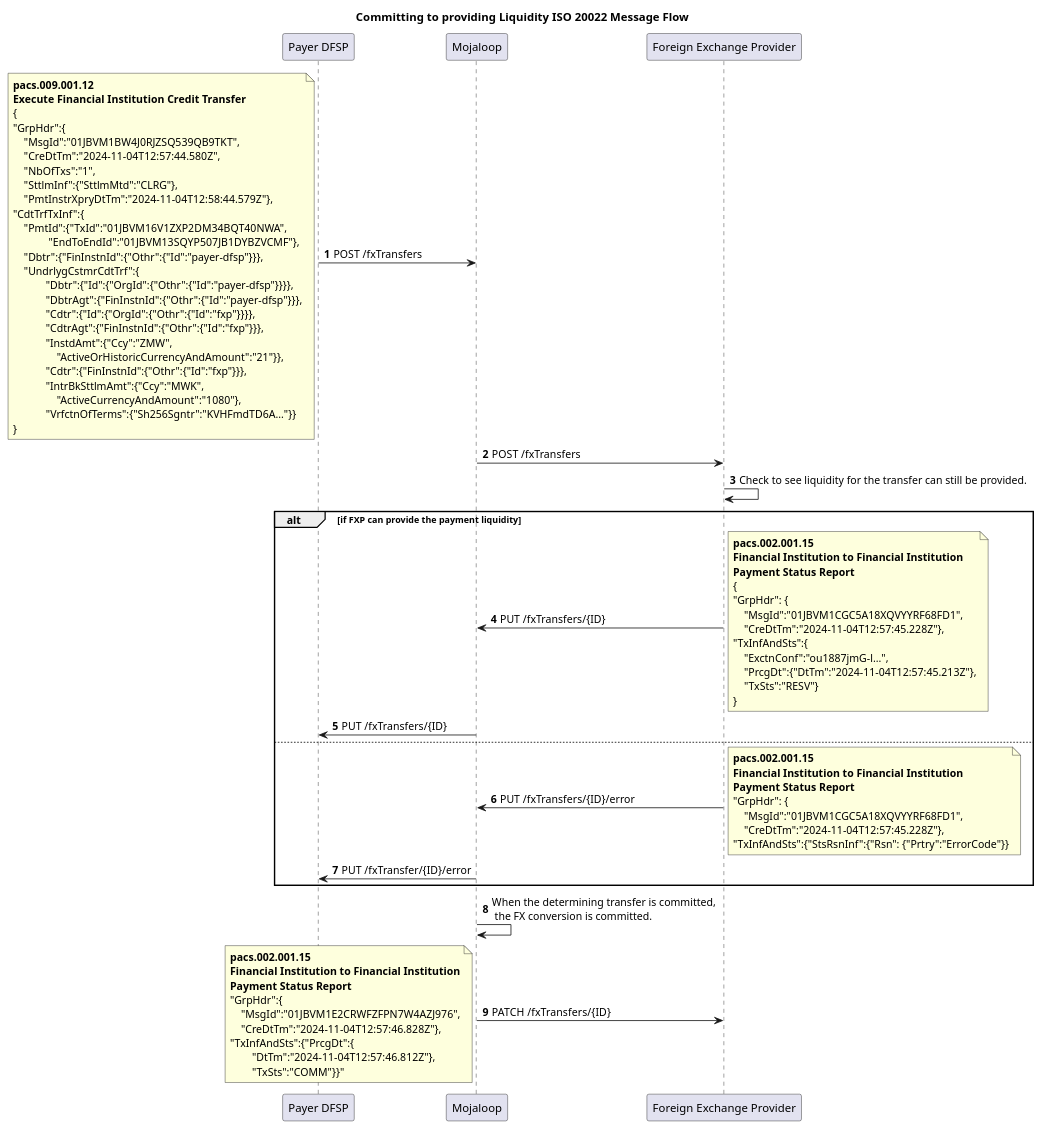
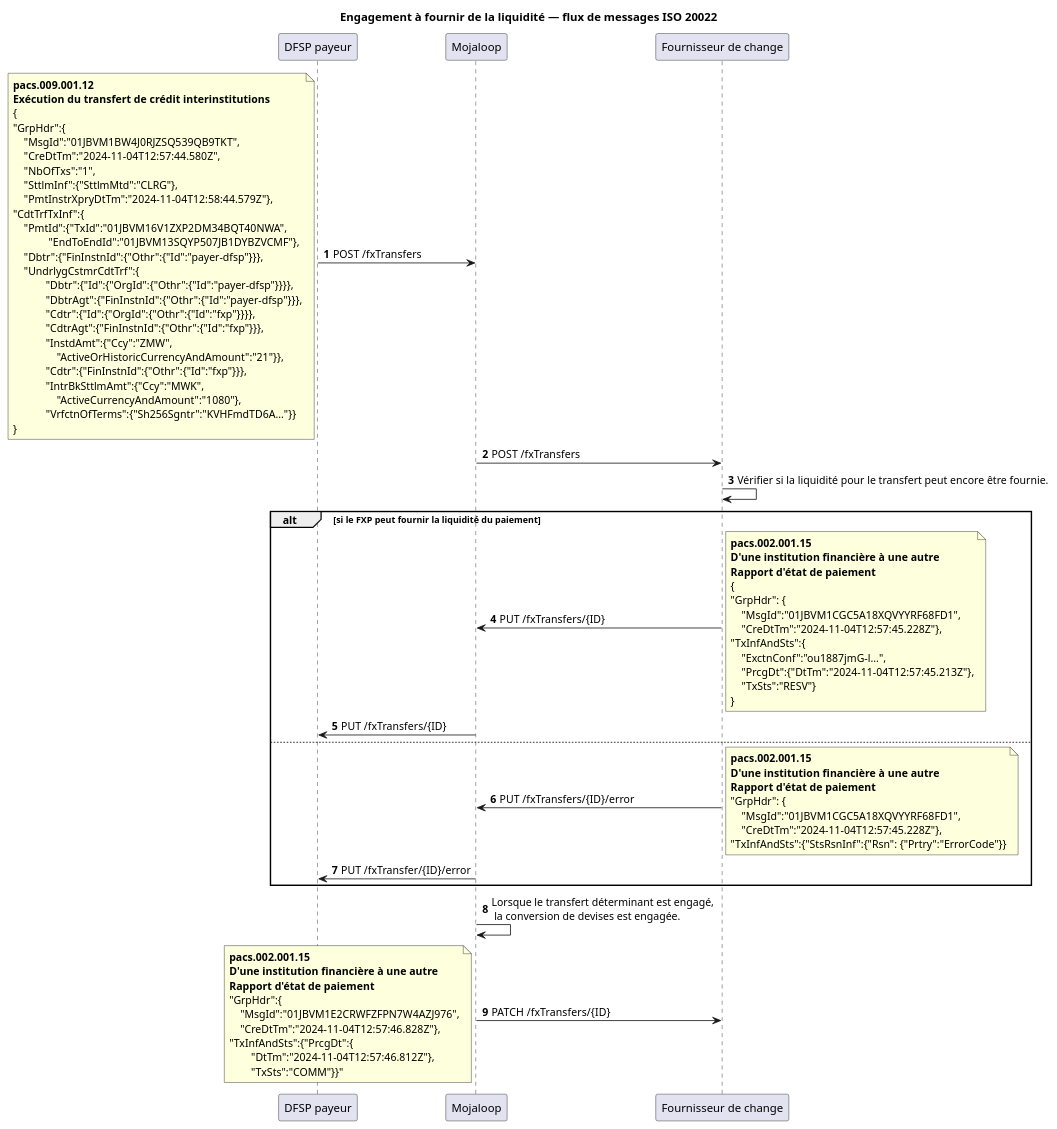
Before and after one commit to mojaloop/documentation: the diagram in docs/fr/product/features/Iso20022/v1.0/SequenceDiagrams/ConversionTransfer.plantuml, drawn with PlantUML. The commit also changed 55 other files, not shown here.

Commit message:
feat: update French translations for Currency Conversion documentation and diagrams

```diff
--- a/docs/fr/product/features/Iso20022/v1.0/SequenceDiagrams/ConversionTransfer.plantuml
+++ b/docs/fr/product/features/Iso20022/v1.0/SequenceDiagrams/ConversionTransfer.plantuml
@@ -1,88 +1,88 @@
 @startuml
 
-Title Committing to providing Liquidity ISO 20022 Message Flow
-participant PayerDFSP as "Payer DFSP"
+Title Engagement à fournir de la liquidité — flux de messages ISO 20022
+participant PayerDFSP as "DFSP payeur"
 participant Mojaloop as "Mojaloop"
-participant FXP as "Foreign Exchange Provider"
+participant FXP as "Fournisseur de change"
 
 autonumber
 
 PayerDFSP -> Mojaloop: POST /fxTransfers
 note left
 **pacs.009.001.12**
-**Execute Financial Institution Credit Transfer**
+**Exécution du transfert de crédit interinstitutions**
 {
 "GrpHdr":{
     "MsgId":"01JBVM1BW4J0RJZSQ539QB9TKT",
     "CreDtTm":"2024-11-04T12:57:44.580Z",
     "NbOfTxs":"1",
     "SttlmInf":{"SttlmMtd":"CLRG"},
     "PmtInstrXpryDtTm":"2024-11-04T12:58:44.579Z"},
 "CdtTrfTxInf":{
     "PmtId":{"TxId":"01JBVM16V1ZXP2DM34BQT40NWA",
              "EndToEndId":"01JBVM13SQYP507JB1DYBZVCMF"},
     "Dbtr":{"FinInstnId":{"Othr":{"Id":"payer-dfsp"}}},
     "UndrlygCstmrCdtTrf":{
             "Dbtr":{"Id":{"OrgId":{"Othr":{"Id":"payer-dfsp"}}}},
             "DbtrAgt":{"FinInstnId":{"Othr":{"Id":"payer-dfsp"}}},
             "Cdtr":{"Id":{"OrgId":{"Othr":{"Id":"fxp"}}}},
             "CdtrAgt":{"FinInstnId":{"Othr":{"Id":"fxp"}}},
             "InstdAmt":{"Ccy":"ZMW",
                 "ActiveOrHistoricCurrencyAndAmount":"21"}},
             "Cdtr":{"FinInstnId":{"Othr":{"Id":"fxp"}}},
             "IntrBkSttlmAmt":{"Ccy":"MWK",
                 "ActiveCurrencyAndAmount":"1080"},
             "VrfctnOfTerms":{"Sh256Sgntr":"KVHFmdTD6A..."}}
 }
 end note
 Mojaloop -> FXP: POST /fxTransfers
-FXP -> FXP: Check to see liquidity for the transfer can still be provided.  
-alt if FXP can provide the payment liquidity
+FXP -> FXP: Vérifier si la liquidité pour le transfert peut encore être fournie.  
+alt si le FXP peut fournir la liquidité du paiement
 FXP -> Mojaloop: PUT /fxTransfers/{ID}
 note right
 **pacs.002.001.15**
-**Financial Institution to Financial Institution** 
-**Payment Status Report**
+**D'une institution financière à une autre** 
+**Rapport d'état de paiement**
 {
 "GrpHdr": {
     "MsgId":"01JBVM1CGC5A18XQVYYRF68FD1",
     "CreDtTm":"2024-11-04T12:57:45.228Z"},
 "TxInfAndSts":{
     "ExctnConf":"ou1887jmG-l...",
     "PrcgDt":{"DtTm":"2024-11-04T12:57:45.213Z"},
     "TxSts":"RESV"}
 }
 end note
 Mojaloop -> PayerDFSP: PUT /fxTransfers/{ID}
 
 else
 
 FXP -> Mojaloop: PUT /fxTransfers/{ID}/error 
 note right
 **pacs.002.001.15**
-**Financial Institution to Financial Institution** 
-**Payment Status Report**
+**D'une institution financière à une autre** 
+**Rapport d'état de paiement**
 "GrpHdr": {
     "MsgId":"01JBVM1CGC5A18XQVYYRF68FD1",
     "CreDtTm":"2024-11-04T12:57:45.228Z"},
 "TxInfAndSts":{"StsRsnInf":{"Rsn": {"Prtry":"ErrorCode"}}
 end note
 Mojaloop -> PayerDFSP: PUT /fxTransfer/{ID}/error 
 end
 
-Mojaloop -> Mojaloop: When the determining transfer is committed, \n the FX conversion is committed.
+Mojaloop -> Mojaloop: Lorsque le transfert déterminant est engagé, \n la conversion de devises est engagée.
 
 Mojaloop->FXP: PATCH /fxTransfers/{ID}
 note left
 **pacs.002.001.15**
-**Financial Institution to Financial Institution**
-**Payment Status Report**
+**D'une institution financière à une autre**
+**Rapport d'état de paiement**
 "GrpHdr":{
     "MsgId":"01JBVM1E2CRWFZFPN7W4AZJ976",
     "CreDtTm":"2024-11-04T12:57:46.828Z"},
 "TxInfAndSts":{"PrcgDt":{
         "DtTm":"2024-11-04T12:57:46.812Z"},
         "TxSts":"COMM"}}"        
 end note
 
 @enduml
```
